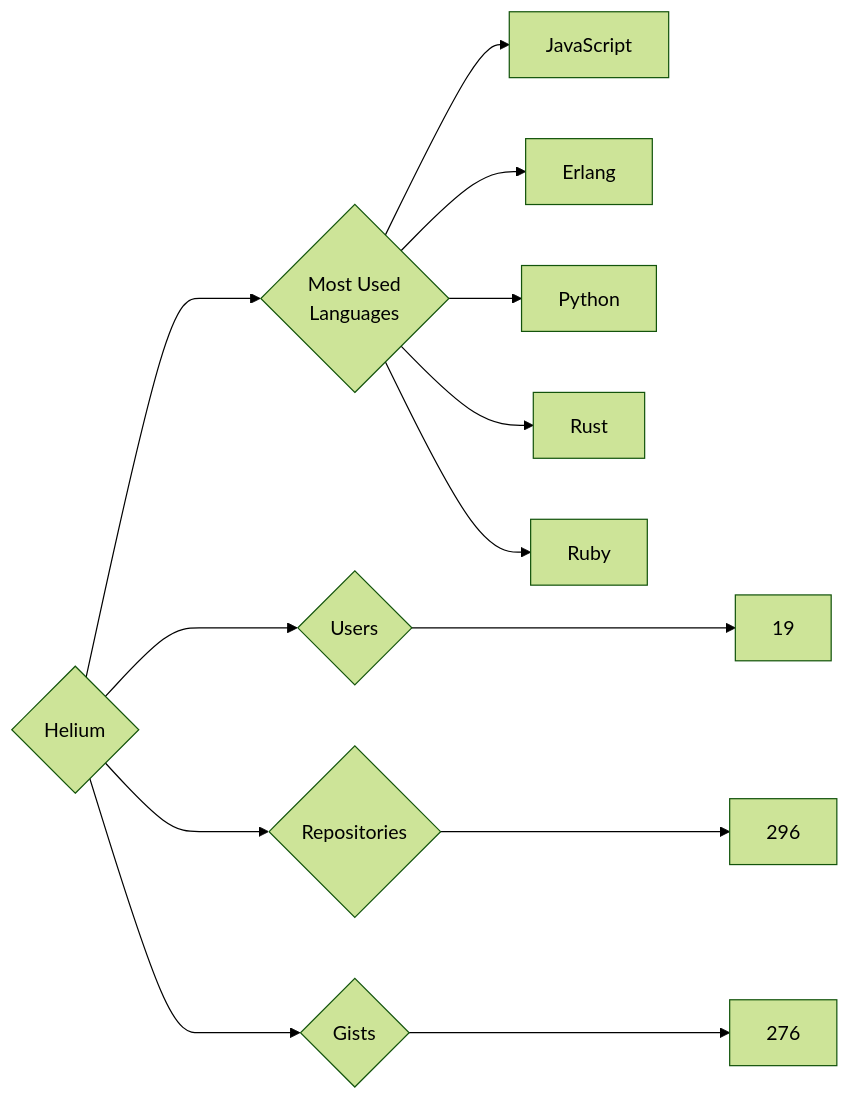
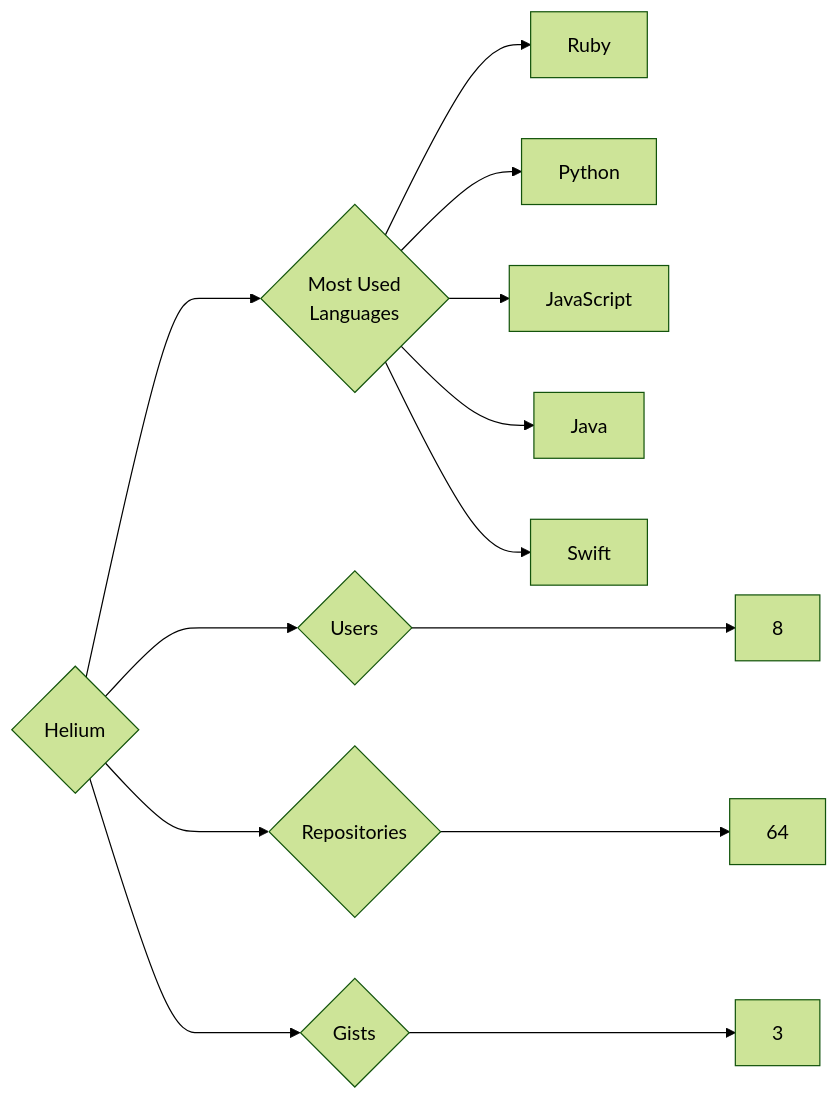
One commit to trickest/insiders changed the diagram in targets/Helium/README.md. Above: the diagram before and after it, drawn with Mermaid (forest theme). The commit also changed 934 other files, not shown here.

````diff
--- a/targets/Helium/README.md
+++ b/targets/Helium/README.md
@@ -3,13 +3,13 @@
 ```mermaid
 graph LR
 COMPANY_NAME{Helium}
-COMPANY_NAME ---> U{Users} ---> UN[19]
-COMPANY_NAME ---> R{Repositories} ---> RN[296]
-COMPANY_NAME ---> G{Gists} ---> GN[276]
+COMPANY_NAME ---> U{Users} ---> UN[8]
+COMPANY_NAME ---> R{Repositories} ---> RN[64]
+COMPANY_NAME ---> G{Gists} ---> GN[3]
 COMPANY_NAME ---> ML{Most Used<br>Languages}
+ML --> Ruby[Ruby]
+ML --> Python[Python]
 ML --> JavaScript[JavaScript]
-ML --> Erlang[Erlang]
-ML --> Python[Python]
-ML --> Rust[Rust]
-ML --> Ruby[Ruby]
+ML --> Java[Java]
+ML --> Swift[Swift]
 ```
````
